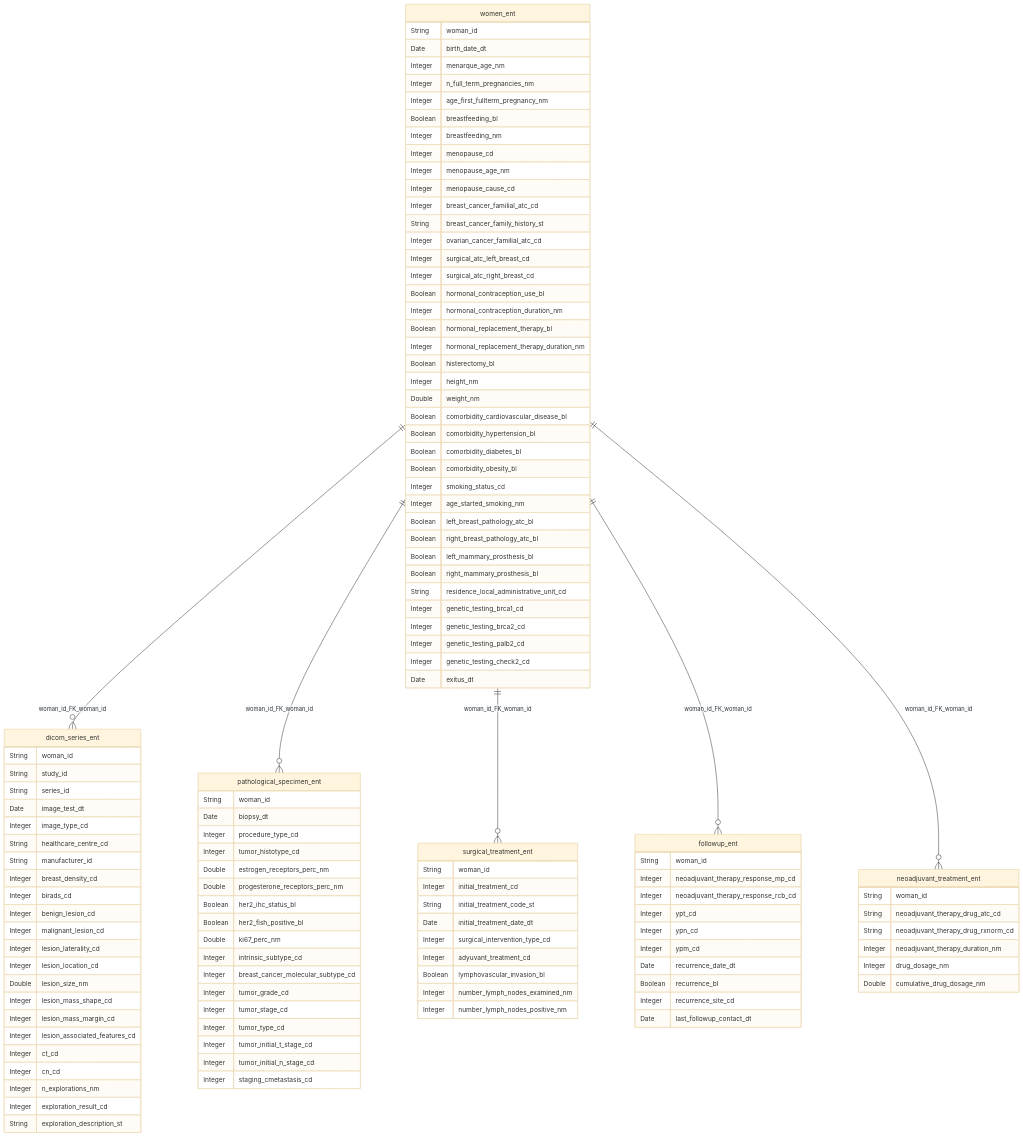
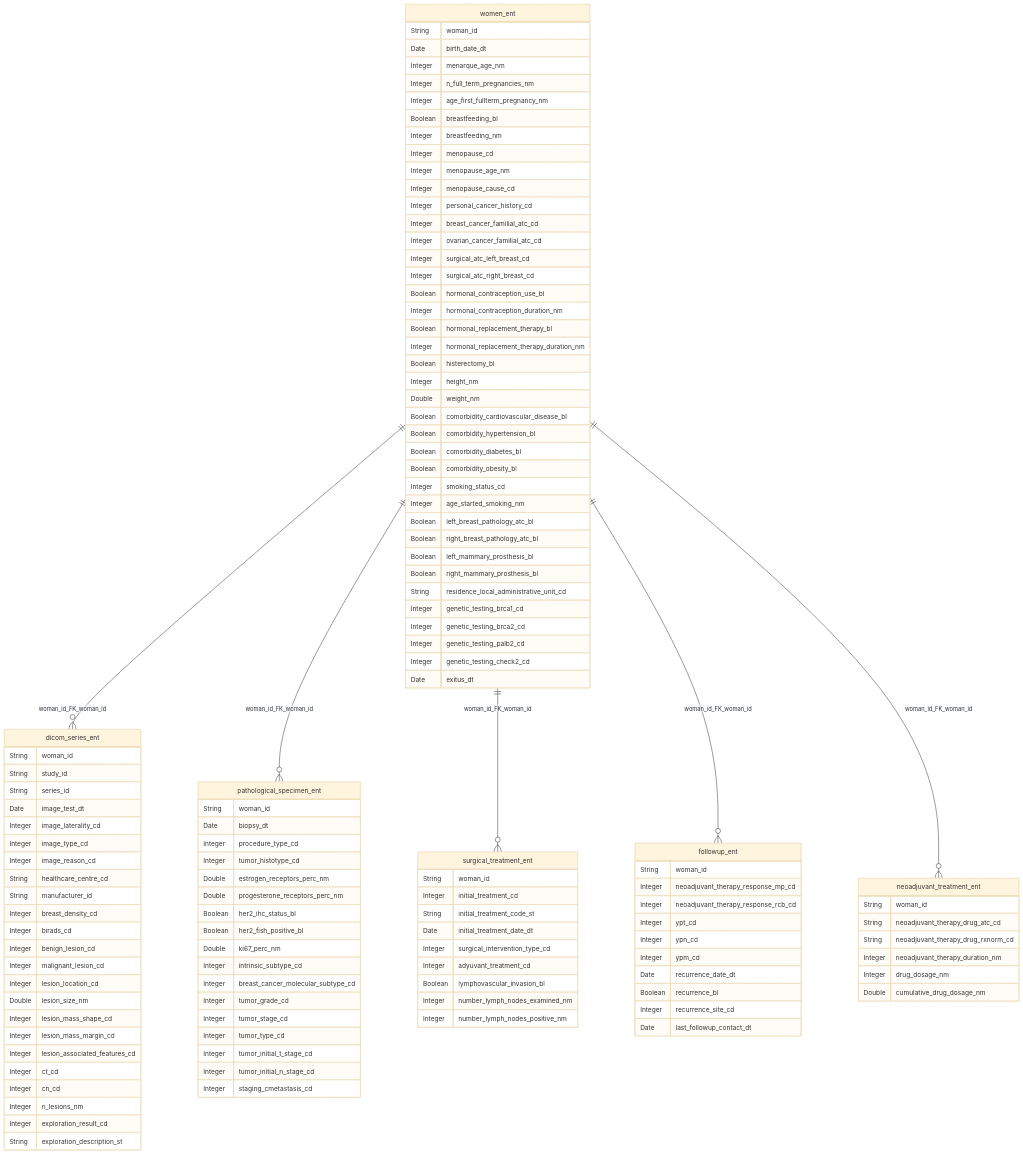
Before and after one commit to BreastSCan/Common-Data-Model: the diagram in docs/CDM/ER.mmd, drawn with Mermaid (base theme). The commit also changed 13 other files, not shown here.

```diff
--- a/docs/CDM/ER.mmd
+++ b/docs/CDM/ER.mmd
@@ -1,120 +1,121 @@
 erDiagram
   women_ent {
     String woman_id
     Date birth_date_dt
     Integer menarque_age_nm
     Integer n_full_term_pregnancies_nm
     Integer age_first_fullterm_pregnancy_nm
     Boolean breastfeeding_bl
     Integer breastfeeding_nm
     Integer menopause_cd
     Integer menopause_age_nm
     Integer menopause_cause_cd
+    Integer personal_cancer_history_cd
     Integer breast_cancer_familial_atc_cd
-    String breast_cancer_family_history_st
     Integer ovarian_cancer_familial_atc_cd
     Integer surgical_atc_left_breast_cd
     Integer surgical_atc_right_breast_cd
     Boolean hormonal_contraception_use_bl
     Integer hormonal_contraception_duration_nm
     Boolean hormonal_replacement_therapy_bl
     Integer hormonal_replacement_therapy_duration_nm
     Boolean histerectomy_bl
     Integer height_nm
     Double weight_nm
     Boolean comorbidity_cardiovascular_disease_bl
     Boolean comorbidity_hypertension_bl
     Boolean comorbidity_diabetes_bl
     Boolean comorbidity_obesity_bl
     Integer smoking_status_cd
     Integer age_started_smoking_nm
     Boolean left_breast_pathology_atc_bl
     Boolean right_breast_pathology_atc_bl
     Boolean left_mammary_prosthesis_bl
     Boolean right_mammary_prosthesis_bl
     String residence_local_administrative_unit_cd
     Integer genetic_testing_brca1_cd
     Integer genetic_testing_brca2_cd
     Integer genetic_testing_palb2_cd
     Integer genetic_testing_check2_cd
     Date exitus_dt
   }
   dicom_series_ent {
     String woman_id
     String study_id
     String series_id
     Date image_test_dt
+    Integer image_laterality_cd
     Integer image_type_cd
+    Integer image_reason_cd
     String healthcare_centre_cd
     String manufacturer_id
     Integer breast_density_cd
     Integer birads_cd
     Integer benign_lesion_cd
     Integer malignant_lesion_cd
-    Integer lesion_laterality_cd
     Integer lesion_location_cd
     Double lesion_size_nm
     Integer lesion_mass_shape_cd
     Integer lesion_mass_margin_cd
     Integer lesion_associated_features_cd
     Integer ct_cd
     Integer cn_cd
-    Integer n_explorations_nm
+    Integer n_lesions_nm
     Integer exploration_result_cd
     String exploration_description_st
   }
   surgical_treatment_ent {
     String woman_id
     Integer initial_treatment_cd
     String initial_treatment_code_st
     Date initial_treatment_date_dt
     Integer surgical_intervention_type_cd
     Integer adyuvant_treatment_cd
     Boolean lymphovascular_invasion_bl
     Integer number_lymph_nodes_examined_nm
     Integer number_lymph_nodes_positive_nm
   }
   pathological_specimen_ent {
     String woman_id
     Date biopsy_dt
     Integer procedure_type_cd
     Integer tumor_histotype_cd
     Double estrogen_receptors_perc_nm
     Double progesterone_receptors_perc_nm
     Boolean her2_ihc_status_bl
     Boolean her2_fish_positive_bl
     Double ki67_perc_nm
     Integer intrinsic_subtype_cd
     Integer breast_cancer_molecular_subtype_cd
     Integer tumor_grade_cd
     Integer tumor_stage_cd
     Integer tumor_type_cd
     Integer tumor_initial_t_stage_cd
     Integer tumor_initial_n_stage_cd
     Integer staging_cmetastasis_cd
   }
   neoadjuvant_treatment_ent {
     String woman_id
     String neoadjuvant_therapy_drug_atc_cd
     String neoadjuvant_therapy_drug_rxnorm_cd
     Integer neoadjuvant_therapy_duration_nm
     Integer drug_dosage_nm
     Double cumulative_drug_dosage_nm
   }
   followup_ent {
     String woman_id
     Integer neoadjuvant_therapy_response_mp_cd
     Integer neoadjuvant_therapy_response_rcb_cd
     Integer ypt_cd
     Integer ypn_cd
     Integer ypm_cd
     Date recurrence_date_dt
     Boolean recurrence_bl
     Integer recurrence_site_cd
     Date last_followup_contact_dt
   }
   women_ent ||--o{ dicom_series_ent : "woman_id_FK_woman_id"
   women_ent ||--o{ pathological_specimen_ent : "woman_id_FK_woman_id"
   women_ent ||--o{ surgical_treatment_ent : "woman_id_FK_woman_id"
   women_ent ||--o{ followup_ent : "woman_id_FK_woman_id"
   women_ent ||--o{ neoadjuvant_treatment_ent : "woman_id_FK_woman_id"
```
